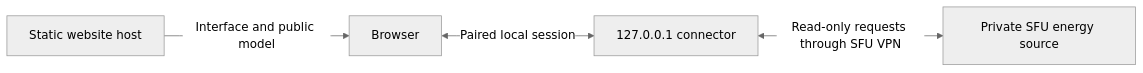
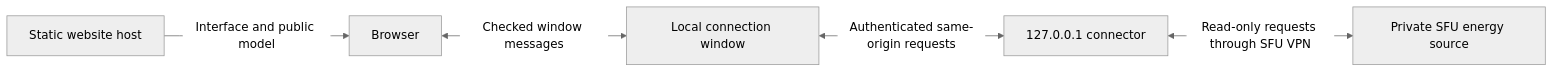
One commit to smakonin/SFU-DigitalTwin changed the diagram in docs/LOCAL-CONNECTOR.md. Above: the diagram before and after it, drawn with Mermaid (neutral theme). The commit also changed other lines of this file and 9 other files, not shown here.

Commit message:
Support Safari with an authenticated local connection window

````diff
--- a/docs/LOCAL-CONNECTOR.md
+++ b/docs/LOCAL-CONNECTOR.md
@@ -5,6 +5,7 @@
 ```mermaid
 flowchart LR
   Host[Static website host] -->|Interface and public model|Browser[Browser]
-  Browser <-->|Paired local session|Connector[127.0.0.1 connector]
+  Browser <-->|Checked window messages|Window[Local connection window]
+  Window <-->|Authenticated same-origin requests|Connector[127.0.0.1 connector]
   Connector <-->|Read-only requests through SFU VPN|Source[Private SFU energy source]
 ```
````
